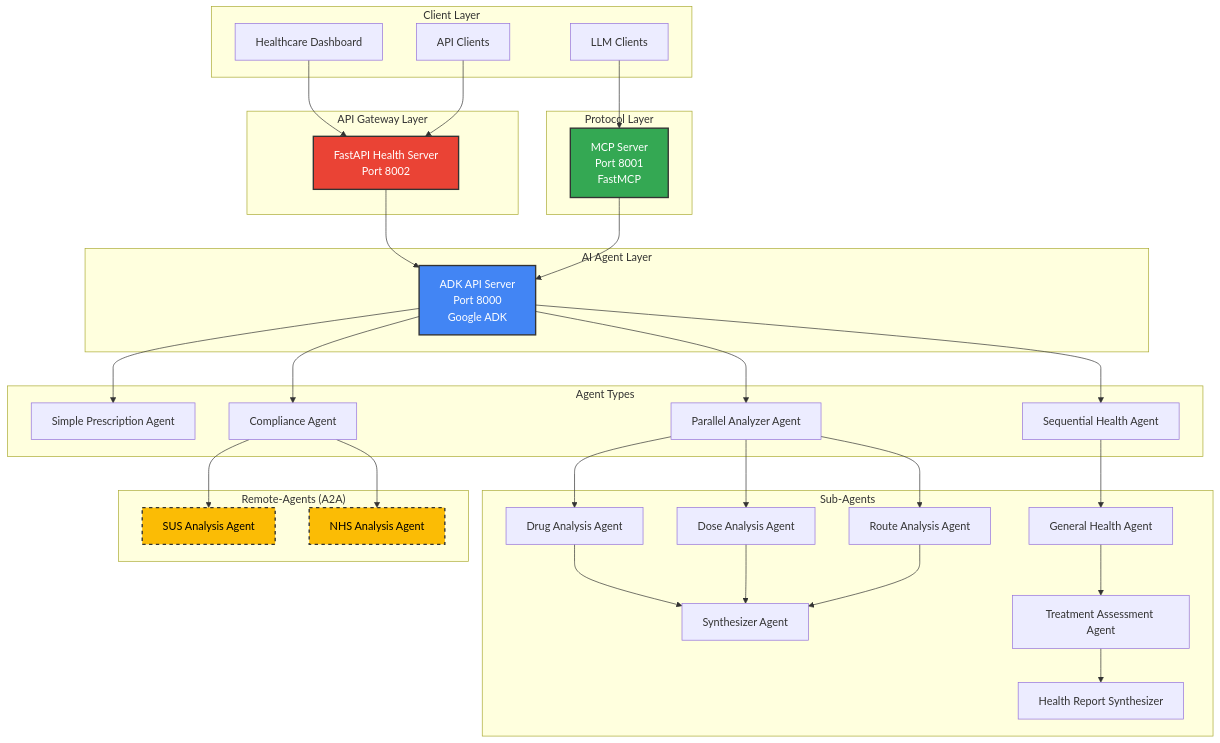
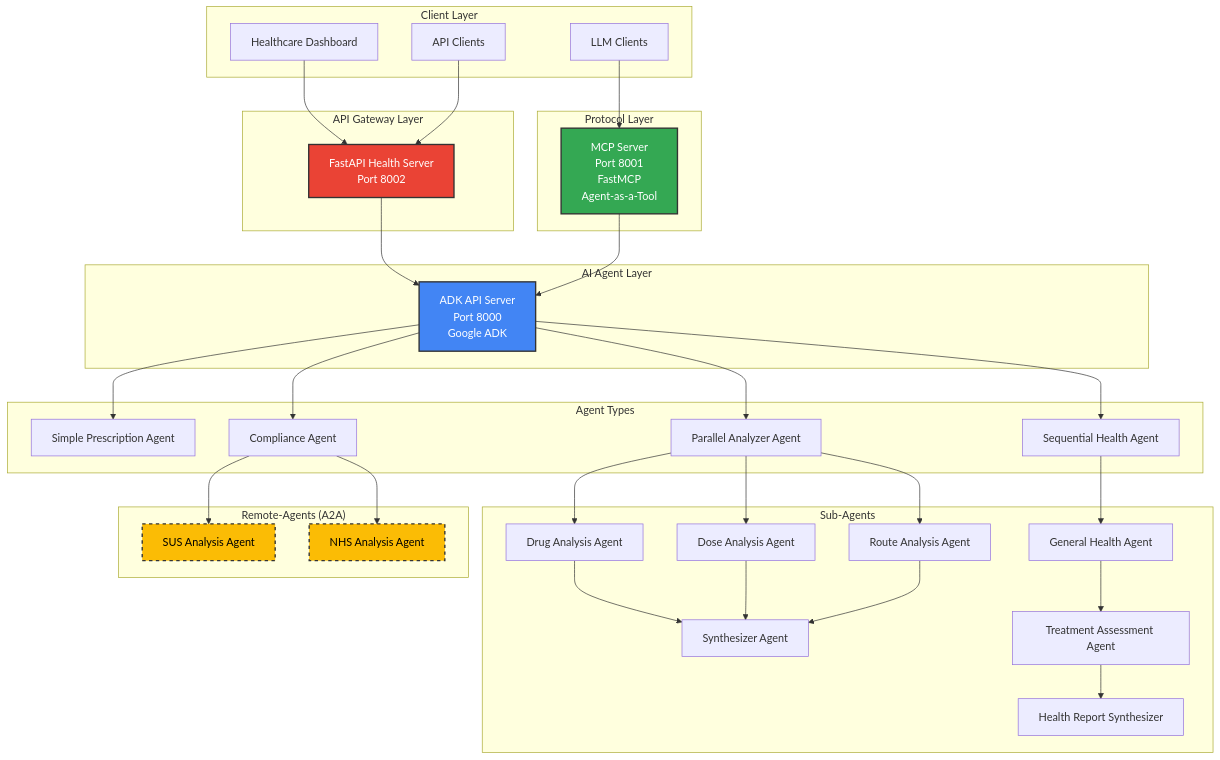
One commit to xValentim/adk-grun-health changed the first of 2 diagrams in README.md. Above: the diagram before and after it, drawn with Mermaid.

Commit message:
chore: add agent-as-a-tool name

````diff
--- a/README.md
+++ b/README.md
@@ -68,74 +68,74 @@
 ```mermaid
 graph TB
     subgraph "Client Layer"
         UI[Healthcare Dashboard]
         API_CLIENT[API Clients]
         LLM_CLIENT[LLM Clients]
     end
     
     subgraph "API Gateway Layer"
         FASTAPI[FastAPI Health Server<br/>Port 8002]
     end
     
     subgraph "Protocol Layer"  
-        MCP[MCP Server<br/>Port 8001<br/>FastMCP]
+        MCP[MCP Server<br/>Port 8001<br/>FastMCP<br/>Agent-as-a-Tool]
     end
     
     subgraph "AI Agent Layer"
-        ADK[ADK API Server<br/>Port 8000<br/>Google ADK]
+        ADK[ADK API Server<br/>Port 8000<br/>Google ADK<br/>]
     end
     
     subgraph "Agent Types"
         SIMPLE[Simple Prescription Agent]
         PARALLEL[Parallel Analyzer Agent] 
         SEQUENTIAL[Sequential Health Agent]
         COMPLIANCE[Compliance Agent]
     end
     
     subgraph "Sub-Agents"
         DRUG[Drug Analysis Agent]
         DOSE[Dose Analysis Agent]
         ROUTE[Route Analysis Agent]
         SYNTH1[Synthesizer Agent]
         
         GENERAL[General Health Agent]
         TREATMENT[Treatment Assessment Agent]
         SYNTH2[Health Report Synthesizer]
     end
 
     subgraph "Remote-Agents (A2A)"
         SUS_COMPLIANCE[SUS Analysis Agent]
         NHS_COMPLIANCE[NHS Analysis Agent]
     end
     
     UI --> FASTAPI
     API_CLIENT --> FASTAPI
     FASTAPI --> ADK
     LLM_CLIENT --> MCP
     MCP --> ADK
     
     ADK --> SIMPLE
     ADK --> PARALLEL
     ADK --> SEQUENTIAL
     ADK --> COMPLIANCE
     
     PARALLEL --> DRUG
     PARALLEL --> DOSE  
     PARALLEL --> ROUTE
     DRUG --> SYNTH1
     DOSE --> SYNTH1
     ROUTE --> SYNTH1
     
     SEQUENTIAL --> GENERAL
     GENERAL --> TREATMENT
     TREATMENT --> SYNTH2
 
     COMPLIANCE --> SUS_COMPLIANCE
     COMPLIANCE --> NHS_COMPLIANCE
     
     style ADK fill:#4285f4,stroke:#333,stroke-width:2px,color:#fff
     style MCP fill:#34a853,stroke:#333,stroke-width:2px,color:#fff
     style FASTAPI fill:#ea4335,stroke:#333,stroke-width:2px,color:#fff
     style SUS_COMPLIANCE fill:#fbbc05,stroke:#333,stroke-width:2px,stroke-dasharray: 5 5,color:#000
     style NHS_COMPLIANCE fill:#fbbc05,stroke:#333,stroke-width:2px,stroke-dasharray: 5 5,color:#000
 ```
````
